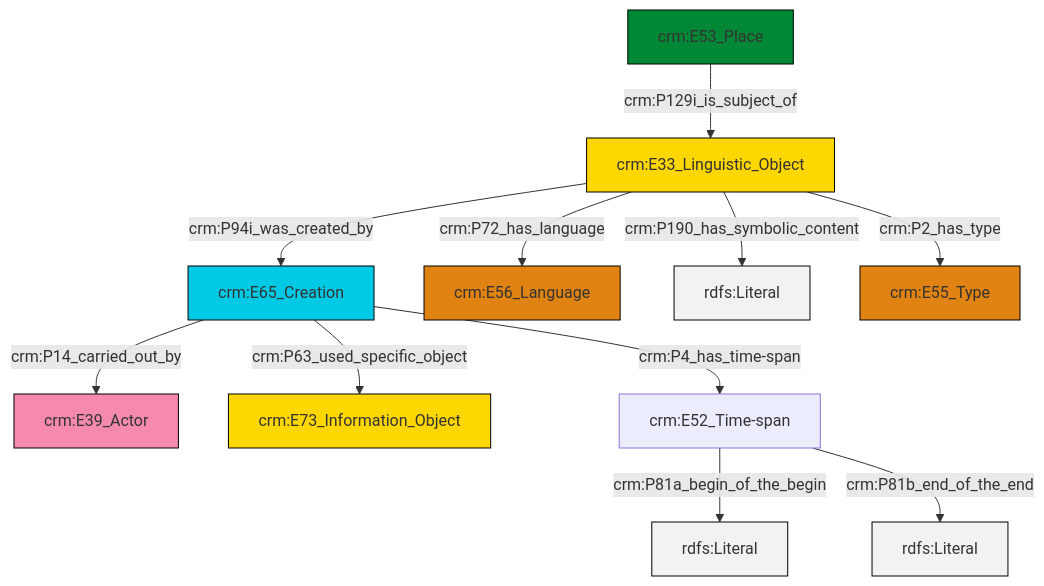
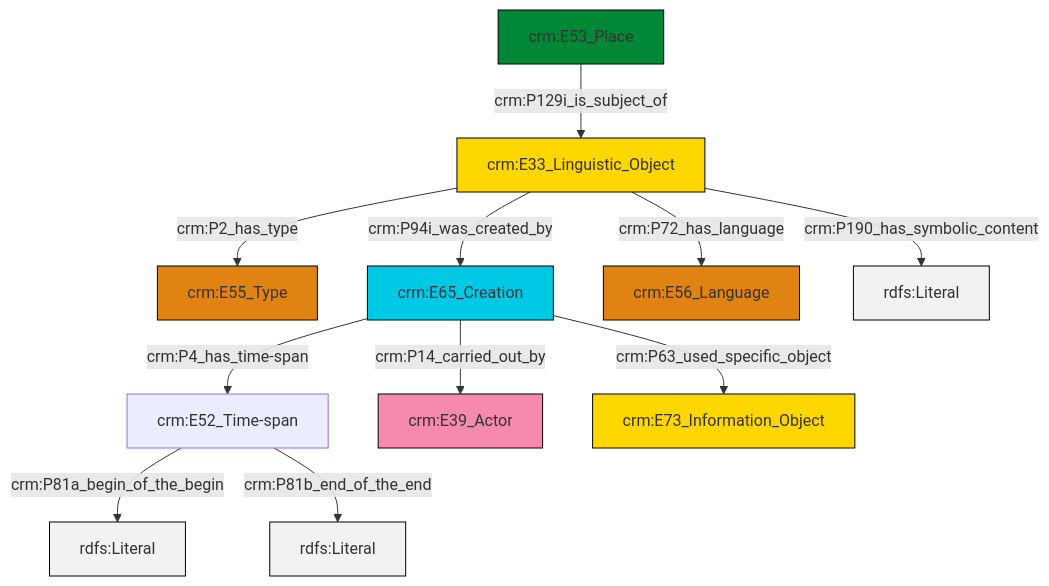
The diagram in et/placeCSV/ttl/mmd/place_description.ttl.mmd (swiss-art-research-net/docs.swissartresearch), drawn with Mermaid before and after one commit. The commit also changed 176 other files, not shown here.

```diff
--- a/et/placeCSV/ttl/mmd/place_description.ttl.mmd
+++ b/et/placeCSV/ttl/mmd/place_description.ttl.mmd
@@ -1,25 +1,25 @@
 graph TD
 classDef Literal fill:#f2f2f2,stroke:#000000;
 classDef CRM_Entity fill:#FFFFFF,stroke:#000000;
 classDef Temporal_Entity fill:#00C9E6, stroke:#000000;
 classDef Type fill:#E18312, stroke:#000000;
 classDef Time-Span fill:#2C9C91, stroke:#000000;
 classDef Appellation fill:#FFEB7F, stroke:#000000;
 classDef Place fill:#008836, stroke:#000000;
 classDef Persistent_Item fill:#B266B2, stroke:#000000;
 classDef Conceptual_Object fill:#FFD700, stroke:#000000;
 classDef Physical_Thing fill:#D2B48C, stroke:#000000;
 classDef Actor fill:#f58aad, stroke:#000000;
 classDef PC_Classes fill:#4ce600, stroke:#000000;
 classDef Multi fill:#cccccc,stroke:#000000;
 
-2["crm:E65_Creation"]:::Temporal_Entity -->|crm:P14_carried_out_by| 3["crm:E39_Actor"]:::Actor
-8["crm:E53_Place"]:::Place -->|crm:P129i_is_subject_of| 0["crm:E33_Linguistic_Object"]:::Conceptual_Object
-0["crm:E33_Linguistic_Object"]:::Conceptual_Object -->|crm:P190_has_symbolic_content| 9[rdfs:Literal]:::Literal
-0["crm:E33_Linguistic_Object"]:::Conceptual_Object -->|crm:P94i_was_created_by| 2["crm:E65_Creation"]:::Temporal_Entity
-0["crm:E33_Linguistic_Object"]:::Conceptual_Object -->|crm:P72_has_language| 6["crm:E56_Language"]:::Type
-12["crm:E52_Time-span"]:::Default -->|crm:P81a_begin_of_the_begin| 13[rdfs:Literal]:::Literal
-2["crm:E65_Creation"]:::Temporal_Entity -->|crm:P4_has_time-span| 12["crm:E52_Time-span"]:::Default
-0["crm:E33_Linguistic_Object"]:::Conceptual_Object -->|crm:P2_has_type| 10["crm:E55_Type"]:::Type
-2["crm:E65_Creation"]:::Temporal_Entity -->|crm:P63_used_specific_object| 4["crm:E73_Information_Object"]:::Conceptual_Object
-12["crm:E52_Time-span"]:::Default -->|crm:P81b_end_of_the_end| 18[rdfs:Literal]:::Literal
+0["crm:E33_Linguistic_Object"]:::Conceptual_Object -->|crm:P2_has_type| 1["crm:E55_Type"]:::Type
+4["crm:E52_Time-span"]:::Default -->|crm:P81a_begin_of_the_begin| 5[rdfs:Literal]:::Literal
+6["crm:E65_Creation"]:::Temporal_Entity -->|crm:P14_carried_out_by| 7["crm:E39_Actor"]:::Actor
+0["crm:E33_Linguistic_Object"]:::Conceptual_Object -->|crm:P72_has_language| 13["crm:E56_Language"]:::Type
+4["crm:E52_Time-span"]:::Default -->|crm:P81b_end_of_the_end| 14[rdfs:Literal]:::Literal
+0["crm:E33_Linguistic_Object"]:::Conceptual_Object -->|crm:P94i_was_created_by| 6["crm:E65_Creation"]:::Temporal_Entity
+6["crm:E65_Creation"]:::Temporal_Entity -->|crm:P63_used_specific_object| 11["crm:E73_Information_Object"]:::Conceptual_Object
+6["crm:E65_Creation"]:::Temporal_Entity -->|crm:P4_has_time-span| 4["crm:E52_Time-span"]:::Default
+9["crm:E53_Place"]:::Place -->|crm:P129i_is_subject_of| 0["crm:E33_Linguistic_Object"]:::Conceptual_Object
+0["crm:E33_Linguistic_Object"]:::Conceptual_Object -->|crm:P190_has_symbolic_content| 18[rdfs:Literal]:::Literal
```
